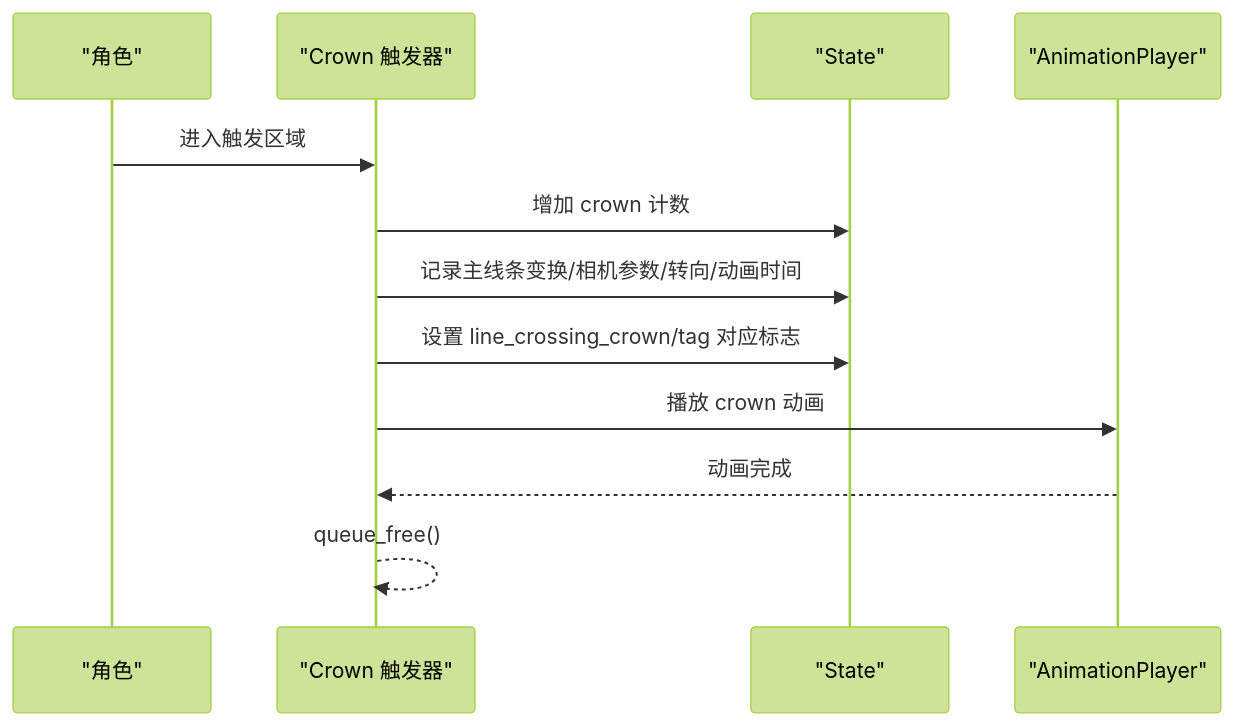
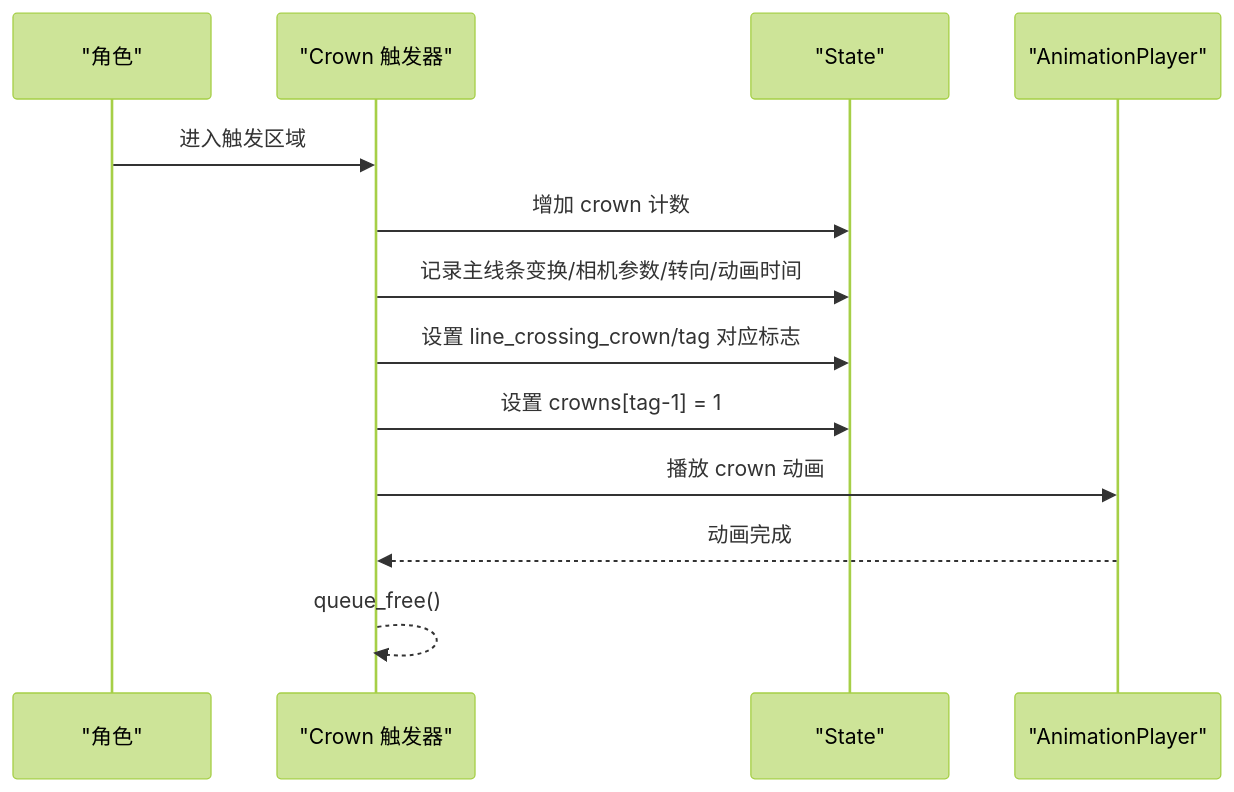
The fifth of 9 diagrams in .qoder/repowiki/zh/content/游戏系统/触发器系统/触发器系统.md (godotline/godot-line), drawn with Mermaid (forest theme) before and after one commit. The commit also changed other lines of this file and 7 other files, not shown here.

````diff
--- a/.qoder/repowiki/zh/content/游戏系统/触发器系统/触发器系统.md
+++ b/.qoder/repowiki/zh/content/游戏系统/触发器系统/触发器系统.md
@@ -285,14 +290,15 @@
 ```mermaid
 sequenceDiagram
 participant Player as "角色"
 participant Crown as "Crown 触发器"
 participant State as "State"
 participant Anim as "AnimationPlayer"
 Player->>Crown : 进入触发区域
 Crown->>State : 增加 crown 计数
 Crown->>State : 记录主线条变换/相机参数/转向/动画时间
 Crown->>State : 设置 line_crossing_crown/tag 对应标志
+Crown->>State : 设置 crowns[tag-1] = 1
 Crown->>Anim : 播放 crown 动画
 Anim-->>Crown : 动画完成
 Crown-->>Crown : queue_free()
 ```
````
